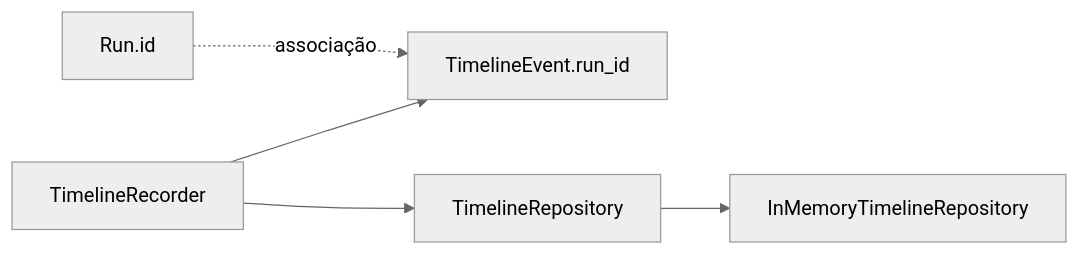
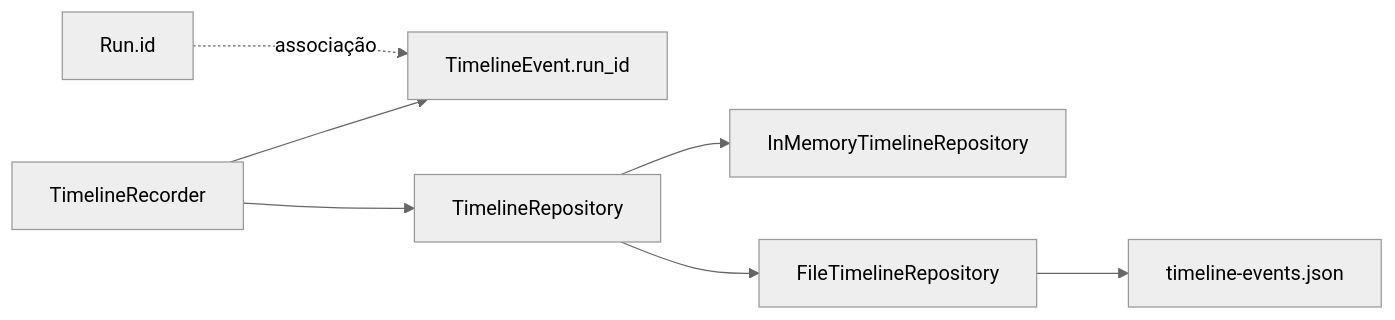
Before and after one commit to paul-92/fabrica-de-software: the diagram in docs/architecture/ExecutionTimeline.md, drawn with Mermaid (neutral theme). The commit also changed other lines of this file and 18 other files, not shown here.

Commit message:
feat: add file timeline repository

````diff
--- a/docs/architecture/ExecutionTimeline.md
+++ b/docs/architecture/ExecutionTimeline.md
@@ -11,7 +11,9 @@
 ```mermaid
 flowchart LR
     RUN["Run.id"] -. associação .-> EVENT["TimelineEvent.run_id"]
     RECORDER["TimelineRecorder"] --> EVENT
     RECORDER --> PORT["TimelineRepository"]
     PORT --> MEMORY["InMemoryTimelineRepository"]
+    PORT --> FILE["FileTimelineRepository"]
+    FILE --> JSON["timeline-events.json"]
 ```
````
